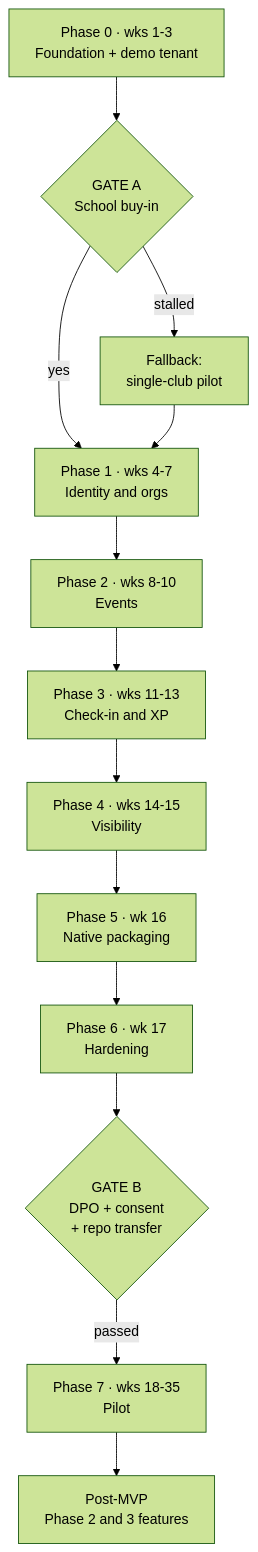
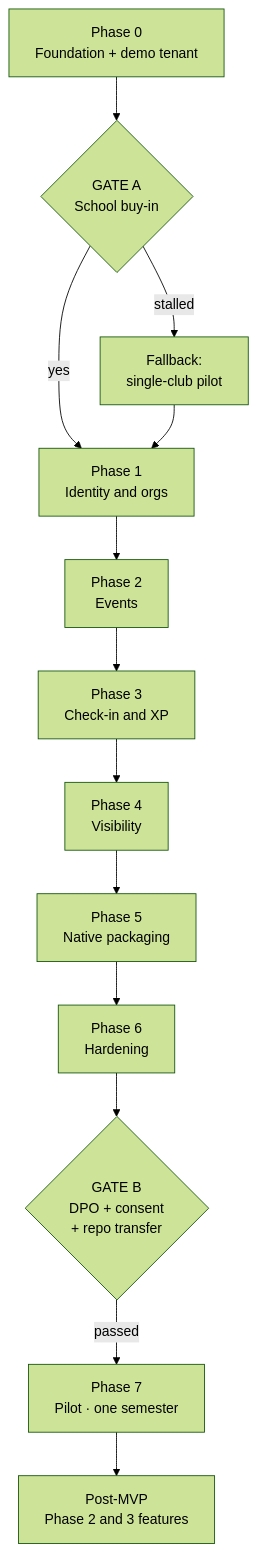
Before and after one commit to jash-aeio/Hiraya: the diagram in docs/MILESTONE_ROADMAP.md, drawn with Mermaid (forest theme). The commit also changed other lines of this file and 8 other files, not shown here.

First line of the commit message:
docs: the roadmap is a sequence, not a schedule (D27)

````diff
--- a/docs/MILESTONE_ROADMAP.md
+++ b/docs/MILESTONE_ROADMAP.md
@@ -18,15 +29,15 @@
 ```mermaid
 flowchart TD
-  P0["Phase 0 · wks 1-3<br/>Foundation + demo tenant"] --> GA{"GATE A<br/>School buy-in"}
-  GA -->|yes| P1["Phase 1 · wks 4-7<br/>Identity and orgs"]
+  P0["Phase 0<br/>Foundation + demo tenant"] --> GA{"GATE A<br/>School buy-in"}
+  GA -->|yes| P1["Phase 1<br/>Identity and orgs"]
   GA -->|stalled| FB["Fallback:<br/>single-club pilot"]
   FB --> P1
-  P1 --> P2["Phase 2 · wks 8-10<br/>Events"]
-  P2 --> P3["Phase 3 · wks 11-13<br/>Check-in and XP"]
-  P3 --> P4["Phase 4 · wks 14-15<br/>Visibility"]
-  P4 --> P5["Phase 5 · wk 16<br/>Native packaging"]
-  P5 --> P6["Phase 6 · wk 17<br/>Hardening"]
+  P1 --> P2["Phase 2<br/>Events"]
+  P2 --> P3["Phase 3<br/>Check-in and XP"]
+  P3 --> P4["Phase 4<br/>Visibility"]
+  P4 --> P5["Phase 5<br/>Native packaging"]
+  P5 --> P6["Phase 6<br/>Hardening"]
   P6 --> GB{"GATE B<br/>DPO + consent<br/>+ repo transfer"}
-  GB -->|passed| P7["Phase 7 · wks 18-35<br/>Pilot"]
+  GB -->|passed| P7["Phase 7<br/>Pilot · one semester"]
   P7 --> POST["Post-MVP<br/>Phase 2 and 3 features"]
 ```
````
